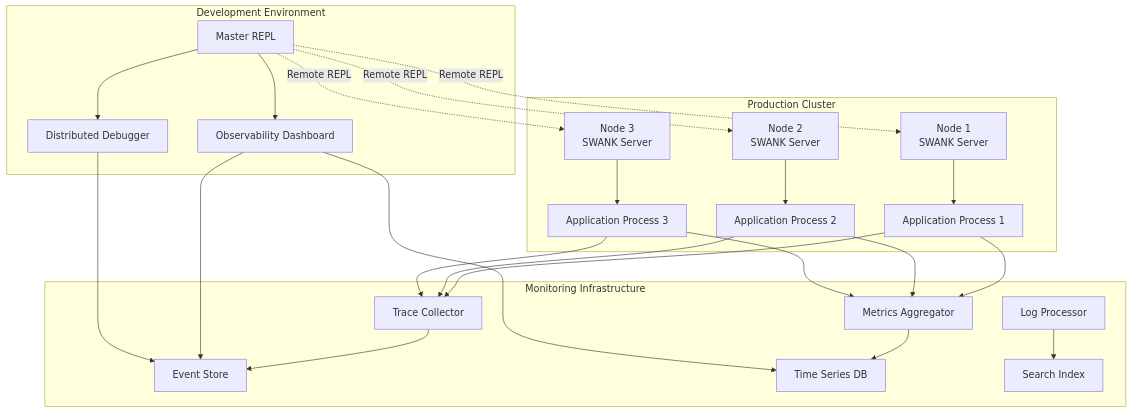
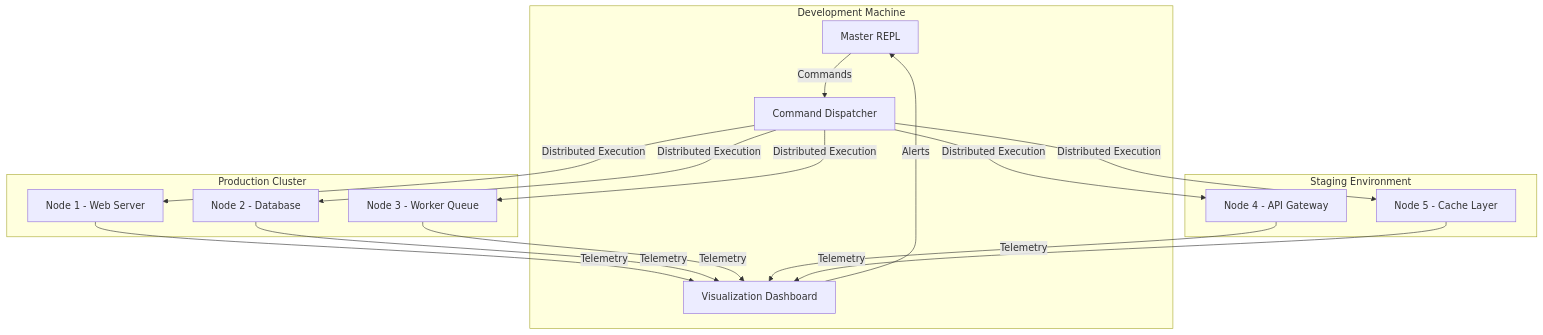
The second of 5 diagrams in TALKS.org (aygp-dr/els2026-lightning-talks), drawn with Mermaid before and after one commit. The commit also changed other lines of this file and 24 other files, not shown here.

```diff
--- a/TALKS.org
+++ b/TALKS.org
@@ -241,35 +206,34 @@
-#+BEGIN_SRC mermaid :file images/distributed-repl-architecture.png :exports both
+#+BEGIN_SRC mermaid :file presentations/02-repl-observability/slides/distributed-repl.png :exports both
 graph TB
-    subgraph "Development Environment"
-        A[Master REPL] --> B[Observability Dashboard]
-        A --> C[Distributed Debugger]
+    subgraph "Development Machine"
+        A[Master REPL]
+        B[Visualization Dashboard]
+        C[Command Dispatcher]
     end
     
     subgraph "Production Cluster"
-        D[Node 1<br/>SWANK Server] --> E[Application Process 1]
-        F[Node 2<br/>SWANK Server] --> G[Application Process 2]  
-        H[Node 3<br/>SWANK Server] --> I[Application Process 3]
+        D[Node 1 - Web Server]
+        E[Node 2 - Database]
+        F[Node 3 - Worker Queue]
     end
     
-    subgraph "Monitoring Infrastructure"
-        J[Trace Collector] --> K[Event Store]
-        L[Metrics Aggregator] --> M[Time Series DB]
-        N[Log Processor] --> O[Search Index]
+    subgraph "Staging Environment"
+        G[Node 4 - API Gateway]
+        H[Node 5 - Cache Layer]
     end
     
-    A -.->|Remote REPL| D
-    A -.->|Remote REPL| F
-    A -.->|Remote REPL| H
+    A -->|Commands| C
+    C -->|Distributed Execution| D
+    C -->|Distributed Execution| E
+    C -->|Distributed Execution| F
+    C -->|Distributed Execution| G
+    C -->|Distributed Execution| H
     
-    E --> J
-    G --> J  
-    I --> J
+    D -->|Telemetry| B
+    E -->|Telemetry| B
+    F -->|Telemetry| B
+    G -->|Telemetry| B
+    H -->|Telemetry| B
     
-    E --> L
-    G --> L
-    I --> L
-    
-    B --> K
-    B --> M
-    C --> K
+    B -->|Alerts| A
 #+END_SRC
```
